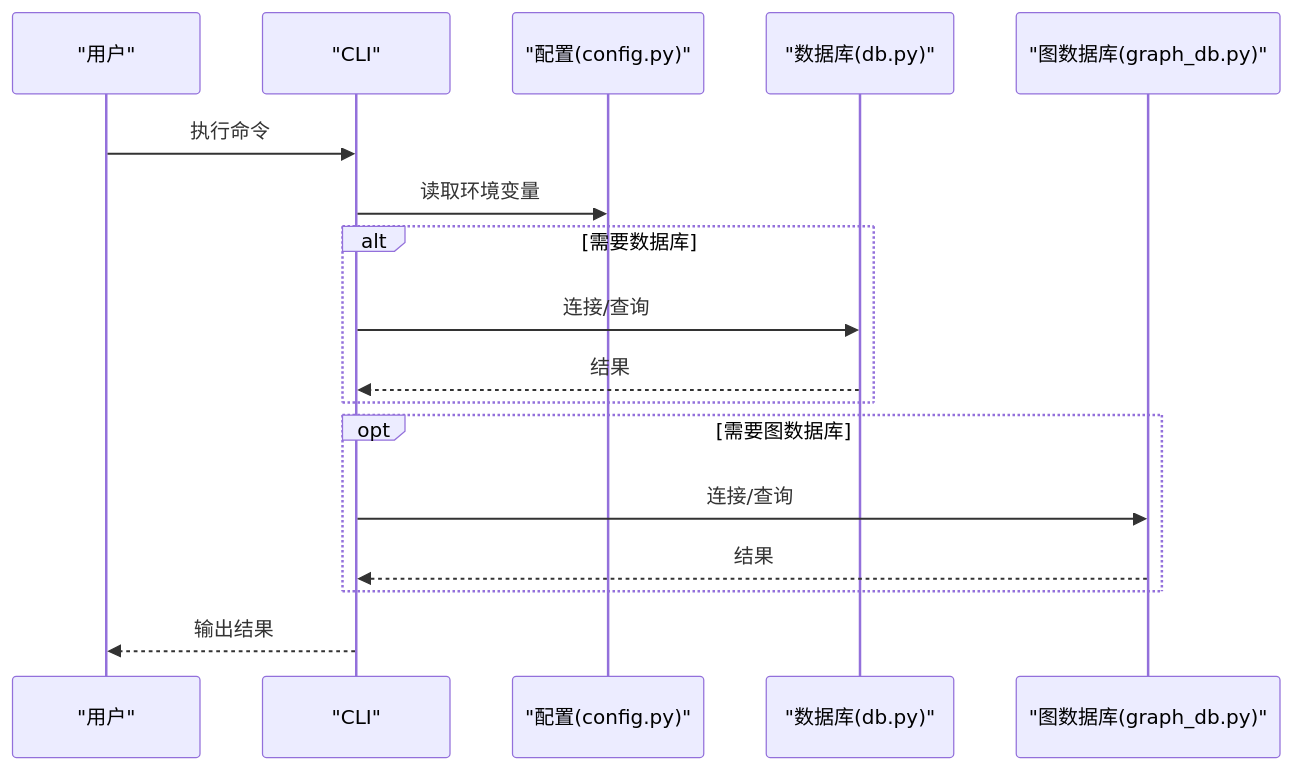
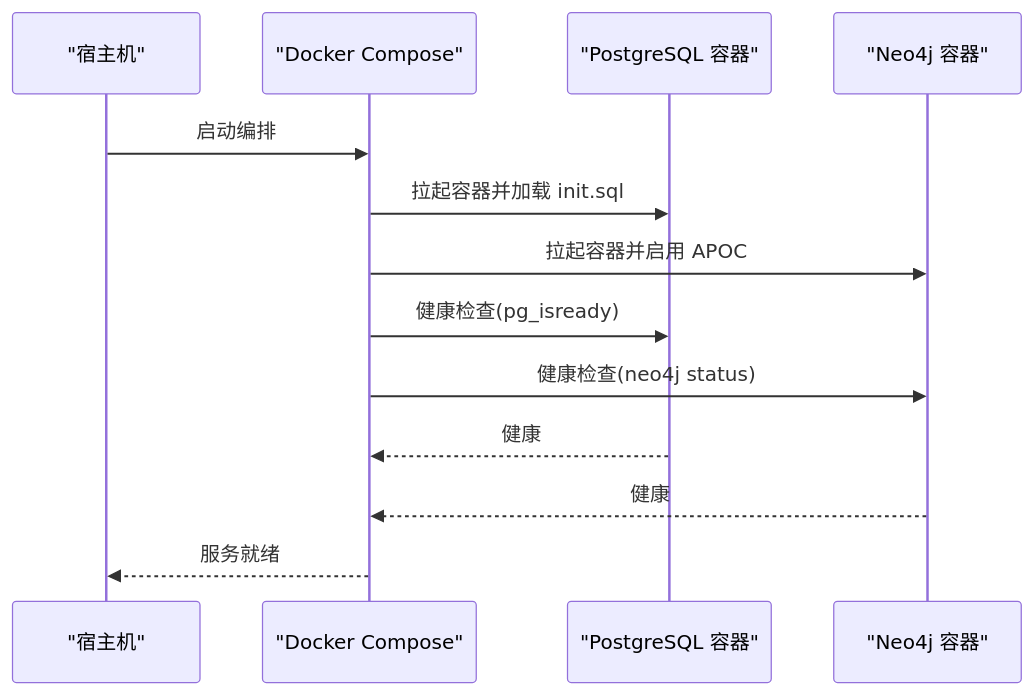
The third of 7 diagrams in .qoder/repowiki/zh/content/部署与运维/部署与运维.md (1173591564/academic-based-qoder), drawn with Mermaid before and after one commit. The commit also changed other lines of this file and 221 other files, not shown here.

````diff
--- a/.qoder/repowiki/zh/content/部署与运维/部署与运维.md
+++ b/.qoder/repowiki/zh/content/部署与运维/部署与运维.md
@@ -174,19 +161,15 @@
 ```mermaid
 sequenceDiagram
-participant U as "用户"
-participant CLI as "CLI"
-participant CFG as "配置(config.py)"
-participant DB as "数据库(db.py)"
-participant GDB as "图数据库(graph_db.py)"
-U->>CLI : 执行命令
-CLI->>CFG : 读取环境变量
-alt 需要数据库
-CLI->>DB : 连接/查询
-DB-->>CLI : 结果
-end
-opt 需要图数据库
-CLI->>GDB : 连接/查询
-GDB-->>CLI : 结果
-end
-CLI-->>U : 输出结果
+participant Host as "宿主机"
+participant Compose as "Docker Compose"
+participant PG as "PostgreSQL 容器"
+participant N4J as "Neo4j 容器"
+Host->>Compose : 启动编排
+Compose->>PG : 拉起容器并加载 init.sql
+Compose->>N4J : 拉起容器并启用 APOC
+Compose->>PG : 健康检查(pg_isready)
+Compose->>N4J : 健康检查(neo4j status)
+PG-->>Compose : 健康
+N4J-->>Compose : 健康
+Compose-->>Host : 服务就绪
 ```
````
